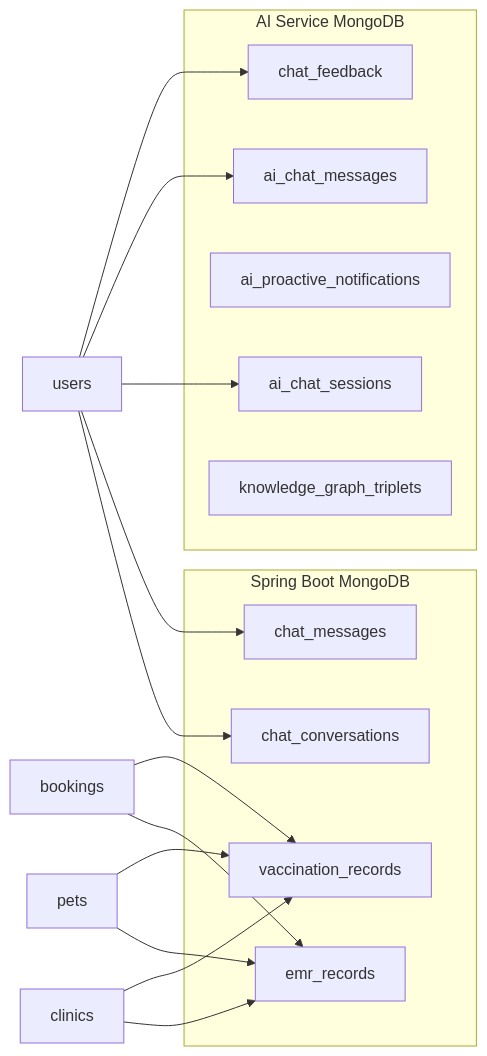
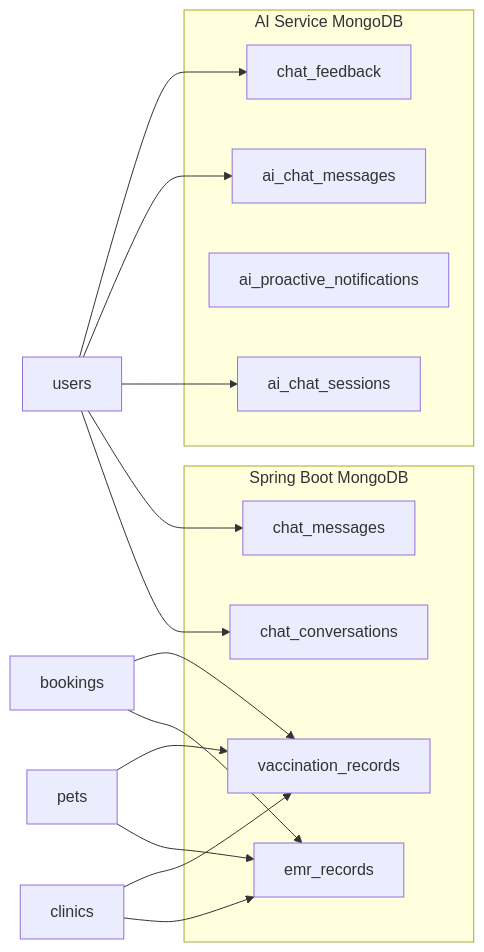
One commit to espresso23/Petties-Veterinary-Appointment-Booking-Platform changed the second of 3 diagrams in docs-references/documentation/PETTIES_ERD_DIAGRAM.md. Above: the diagram before and after it, drawn with Mermaid. The commit also changed other lines of this file and 115 other files, not shown here.

````diff
--- a/docs-references/documentation/PETTIES_ERD_DIAGRAM.md
+++ b/docs-references/documentation/PETTIES_ERD_DIAGRAM.md
@@ -132,29 +131,28 @@
 ```mermaid
 flowchart LR
     subgraph SpringMongo["Spring Boot MongoDB"]
         EMR["emr_records"]
         VAX["vaccination_records"]
         CONV["chat_conversations"]
         MSG["chat_messages"]
     end
 
     subgraph AIMongo["AI Service MongoDB"]
         AIC["ai_chat_sessions"]
         AIM["ai_chat_messages"]
         AIP["ai_proactive_notifications"]
         FDB["chat_feedback"]
-        KGT["knowledge_graph_triplets"]
     end
 
     USER["users"] --> CONV
     USER --> MSG
     USER --> AIC
     USER --> AIM
     USER --> FDB
     CLINIC["clinics"] --> EMR
     CLINIC --> VAX
     PET["pets"] --> EMR
     PET --> VAX
     BOOKING["bookings"] --> EMR
     BOOKING --> VAX
 ```
````
